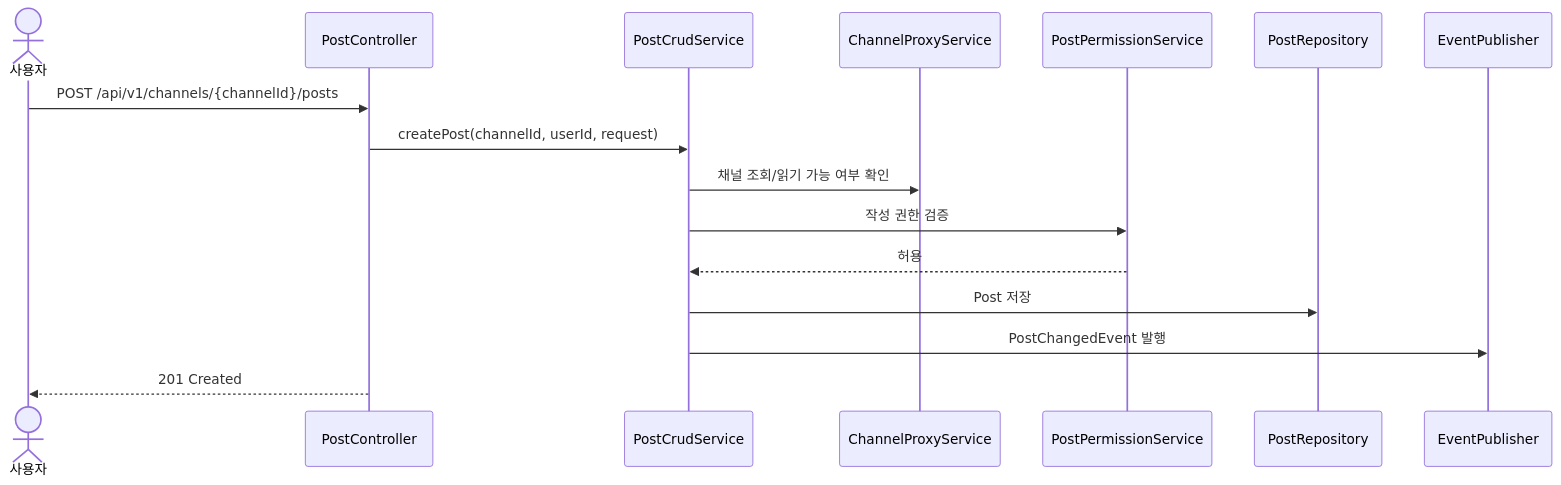
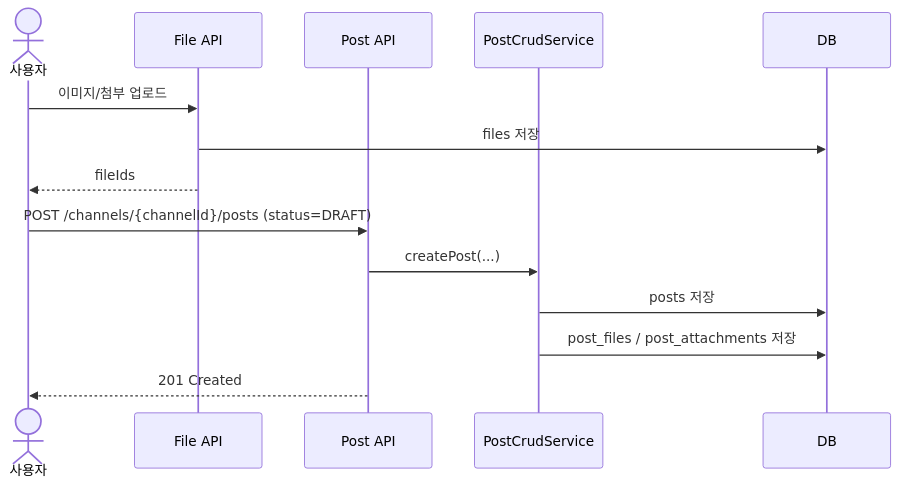
Before and after one commit to Geumjeongyahak/Backend: the first of 4 diagrams in docs/api/Posts.md, drawn with Mermaid. The commit also changed other lines of this file and 16 other files, not shown here.

First line of the commit message:
feat(channel, post, entity): post 엔티티 재설계 및 JPA 연동

````diff
--- a/docs/api/Posts.md
+++ b/docs/api/Posts.md
@@ -222,19 +247,18 @@
 ```mermaid
 sequenceDiagram
     actor User as 사용자
-    participant API as PostController
+    participant FileAPI as File API
+    participant PostAPI as Post API
     participant Service as PostCrudService
-    participant Channel as ChannelProxyService
-    participant Permission as PostPermissionService
-    participant DB as PostRepository
-    participant Event as EventPublisher
+    participant DB as DB
 
-    User->>API: POST /api/v1/channels/{channelId}/posts
-    API->>Service: createPost(channelId, userId, request)
-    Service->>Channel: 채널 조회/읽기 가능 여부 확인
-    Service->>Permission: 작성 권한 검증
-    Permission-->>Service: 허용
-    Service->>DB: Post 저장
-    Service->>Event: PostChangedEvent 발행
-    API-->>User: 201 Created
+    User->>FileAPI: 이미지/첨부 업로드
+    FileAPI->>DB: files 저장
+    FileAPI-->>User: fileIds
+
+    User->>PostAPI: POST /channels/{channelId}/posts (status=DRAFT)
+    PostAPI->>Service: createPost(...)
+    Service->>DB: posts 저장
+    Service->>DB: post_files / post_attachments 저장
+    PostAPI-->>User: 201 Created
 ```
````
